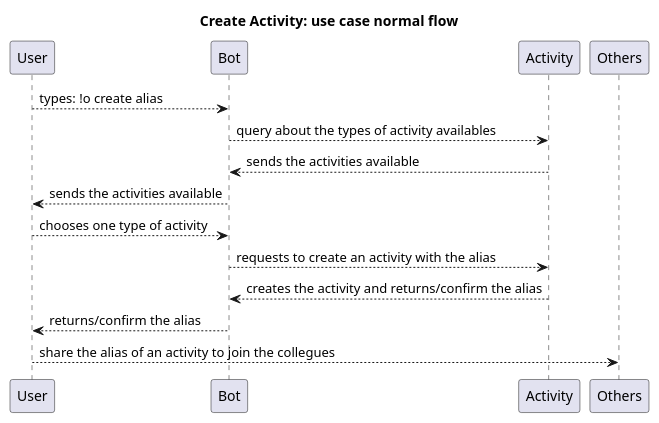
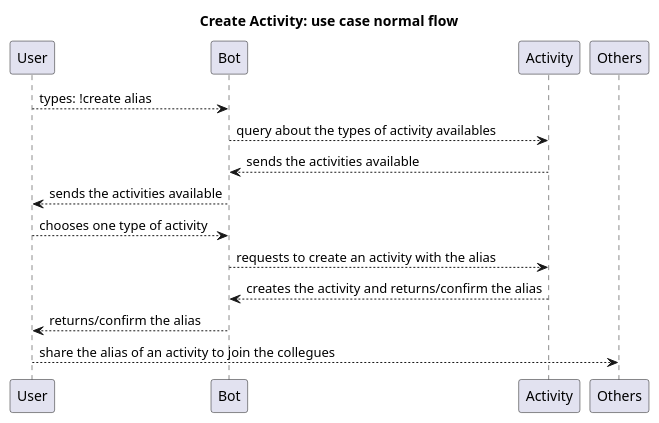
Before and after one commit to orion-services/bot: the diagram in docs/uml/ucCreateActivity.puml, drawn with PlantUML. The commit also changed 8 other files, not shown here.

```diff
--- a/docs/uml/ucCreateActivity.puml
+++ b/docs/uml/ucCreateActivity.puml
@@ -1,14 +1,14 @@
 @startuml
 
 title Create Activity: use case normal flow
 
-User --> Bot: types: !o create alias
+User --> Bot: types: !create alias
 Bot --> Activity: query about the types of activity availables
 Activity --> Bot: sends the activities available
 Bot --> User: sends the activities available
 User --> Bot: chooses one type of activity
 Bot --> Activity: requests to create an activity with the alias
 Activity --> Bot: creates the activity and returns/confirm the alias
 Bot --> User: returns/confirm the alias
 User --> Others: share the alias of an activity to join the collegues
 @enduml
```
